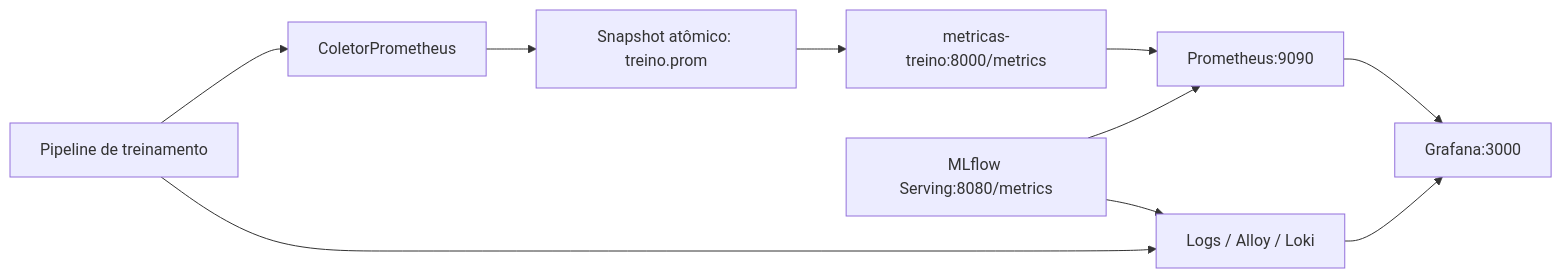
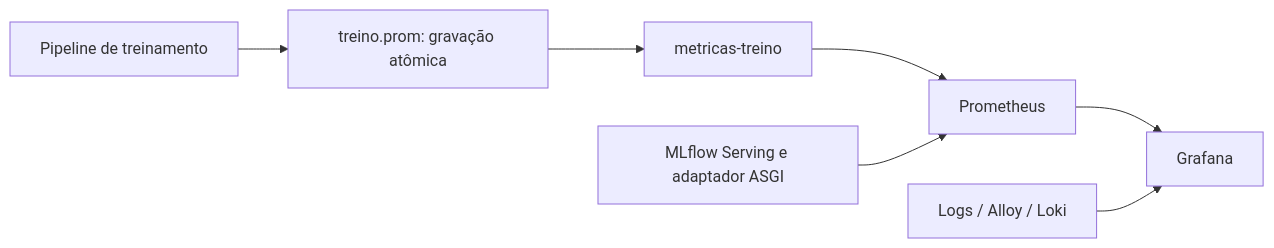
One commit to rodrigorocha1234/machine-learning-previsao_preco_ap_v3 changed the diagram in docs/observabilidade.md. Above: the diagram before and after it, drawn with Mermaid. The commit also changed other lines of this file and 27 other files, not shown here.

````diff
--- a/docs/observabilidade.md
+++ b/docs/observabilidade.md
@@ -22,12 +11,9 @@
 ```mermaid
 flowchart LR
-    Pipeline[Pipeline de treinamento] --> Coletor[ColetorPrometheus]
-    Coletor --> Snapshot[Snapshot atômico: treino.prom]
-    Snapshot --> Exportador[metricas-treino:8000/metrics]
-    Exportador --> Prometheus[Prometheus:9090]
-    Serving[MLflow Serving:8080/metrics] --> Prometheus
-    Prometheus --> Grafana[Grafana:3000]
-    Pipeline --> Logs[Logs / Alloy / Loki]
-    Serving --> Logs
-    Logs --> Grafana
+    Pipeline[Pipeline de treinamento] --> Snapshot[treino.prom: gravação atômica]
+    Snapshot --> Exportador[metricas-treino]
+    Exportador --> Prometheus
+    API[MLflow Serving e adaptador ASGI] --> Prometheus
+    Prometheus --> Grafana
+    Logs[Logs / Alloy / Loki] --> Grafana
 ```
````
